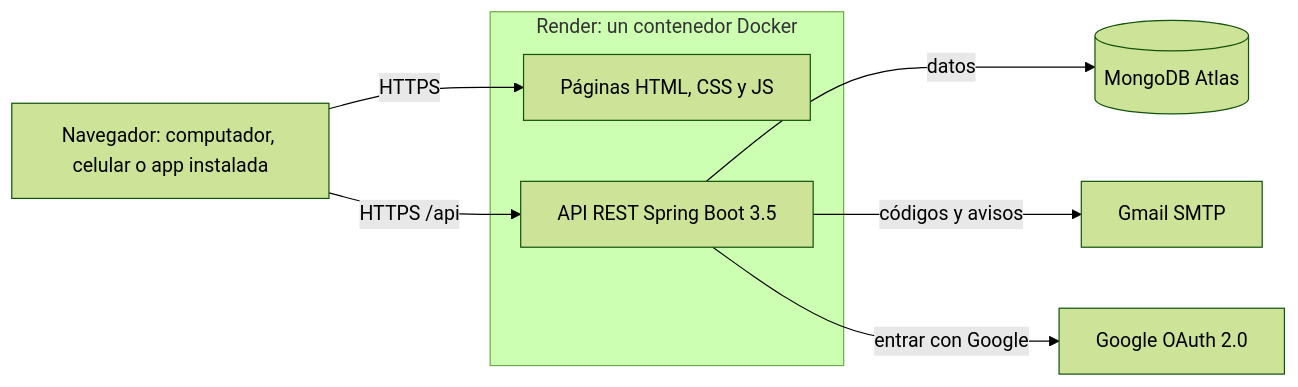
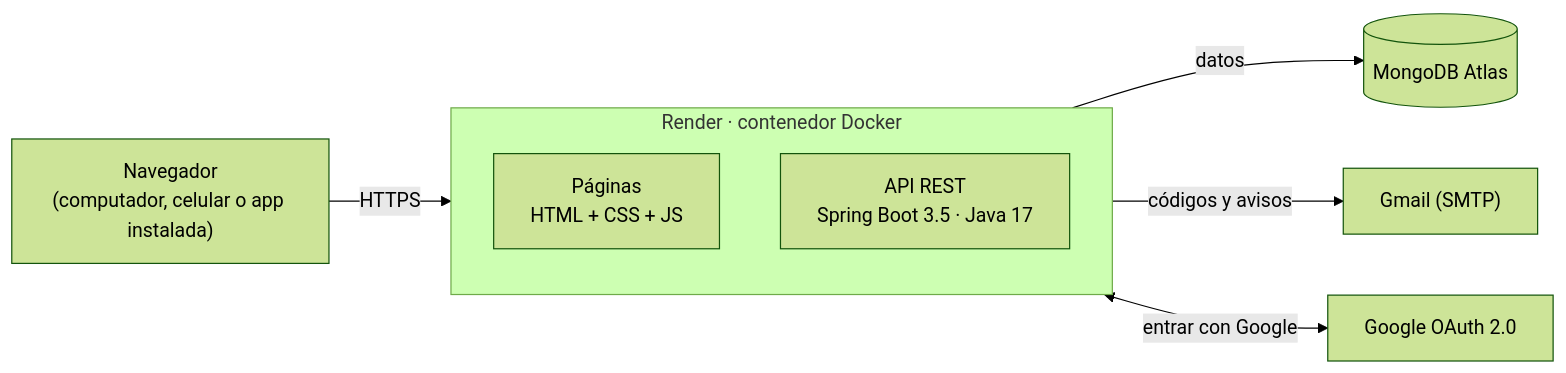
Before and after one commit to jesuscastilla-cloud/Skillmatch: the diagram in README.md, drawn with Mermaid (forest theme).

Commit message:
README: vuelve el diagrama con más detalle (sí se dibuja en GitHub)

````diff
--- a/README.md
+++ b/README.md
@@ -187,16 +187,14 @@
 ```mermaid
 flowchart LR
-    U["Navegador: computador, celular o app instalada"]
-    subgraph RENDER["Render: un contenedor Docker"]
-        F["Páginas HTML, CSS y JS"]
-        A["API REST Spring Boot 3.5"]
+    U["Navegador<br/>(computador, celular o app instalada)"] -->|HTTPS| R
+
+    subgraph R["Render · contenedor Docker"]
+        direction TB
+        F["Páginas<br/>HTML + CSS + JS"]
+        A["API REST<br/>Spring Boot 3.5 · Java 17"]
     end
-    M[("MongoDB Atlas")]
-    G["Gmail SMTP"]
-    O["Google OAuth 2.0"]
-    U -- "HTTPS" --> F
-    U -- "HTTPS /api" --> A
-    A -- "datos" --> M
-    A -- "códigos y avisos" --> G
-    A -- "entrar con Google" --> O
+
+    A -->|datos| M[("MongoDB Atlas")]
+    A -->|códigos y avisos| G["Gmail (SMTP)"]
+    A <-->|entrar con Google| O["Google OAuth 2.0"]
 ```
````
